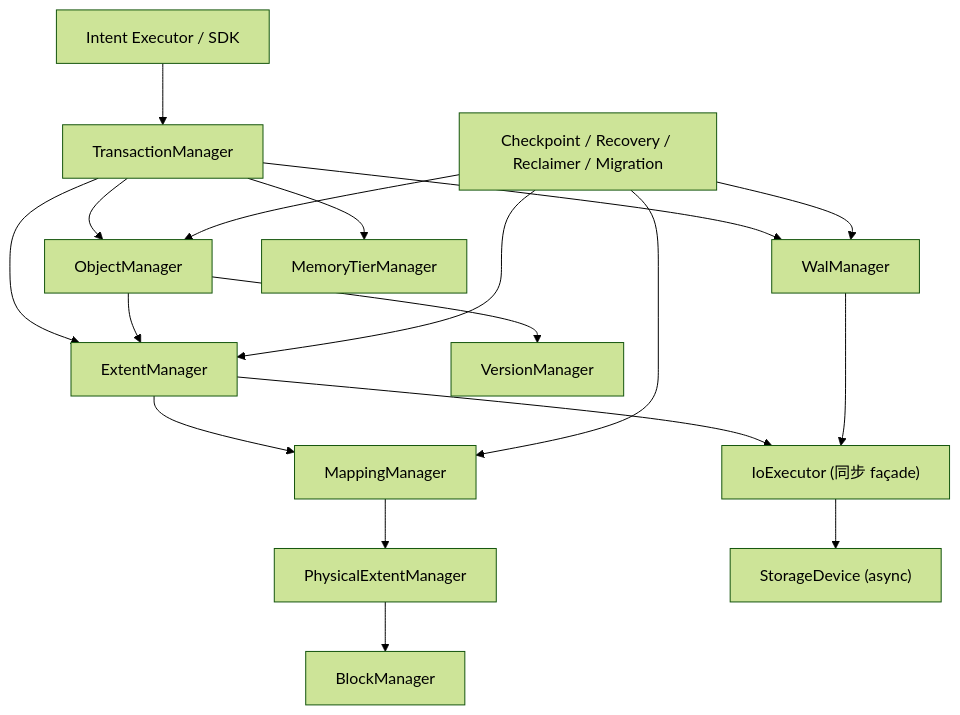
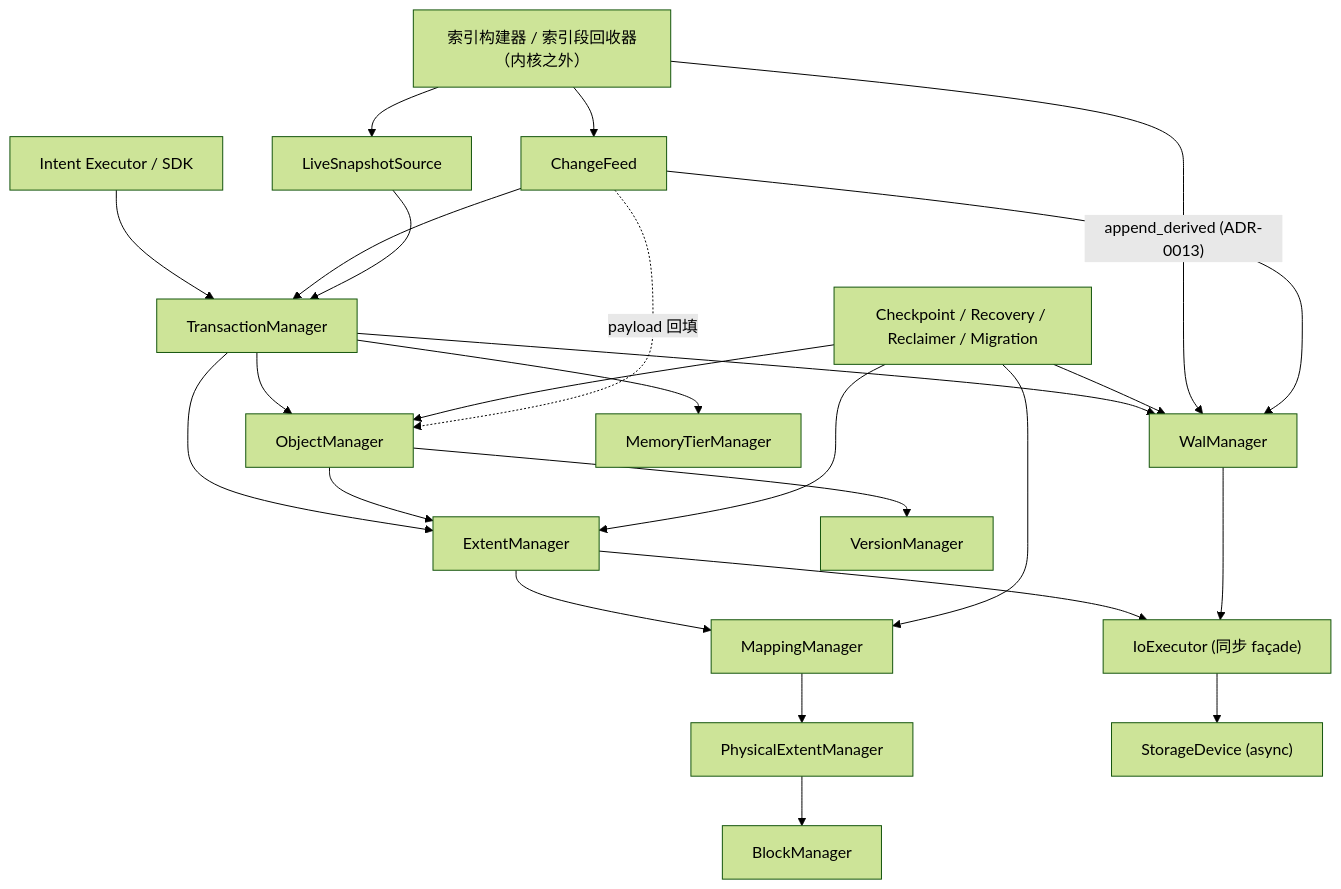
Before and after one commit to yiidea/ais: the diagram in docs/chatgpt/04-kernel-interfaces.md, drawn with Mermaid (forest theme). The commit also changed other lines of this file and 13 other files, not shown here.

````diff
--- a/docs/chatgpt/04-kernel-interfaces.md
+++ b/docs/chatgpt/04-kernel-interfaces.md
@@ -769,20 +820,27 @@
 ```mermaid
 flowchart TB
     EX["Intent Executor / SDK"] --> TX["TransactionManager"]
     TX --> OM["ObjectManager"]
     TX --> EM["ExtentManager"]
     TX --> WM["WalManager"]
     TX --> MTM["MemoryTierManager"]
     OM --> VM["VersionManager"]
     OM --> EM
     EM --> MM["MappingManager"]
     MM --> PEM["PhysicalExtentManager"]
     PEM --> BM["BlockManager"]
     EM --> IOX["IoExecutor (同步 façade)"]
     WM --> IOX
     IOX --> DEV["StorageDevice (async)"]
     BG["Checkpoint / Recovery / Reclaimer / Migration"] --> WM
     BG --> OM
     BG --> EM
     BG --> MM
+    IDX["索引构建器 / 索引段回收器（内核之外）"] --> CF["ChangeFeed"]
+    IDX -->|"append_derived (ADR-0013)"| WM
+    IDX --> LSS["LiveSnapshotSource"]
+    CF --> WM
+    CF --> TX
+    CF -.->|"payload 回填"| OM
+    LSS --> TX
 ```
````
